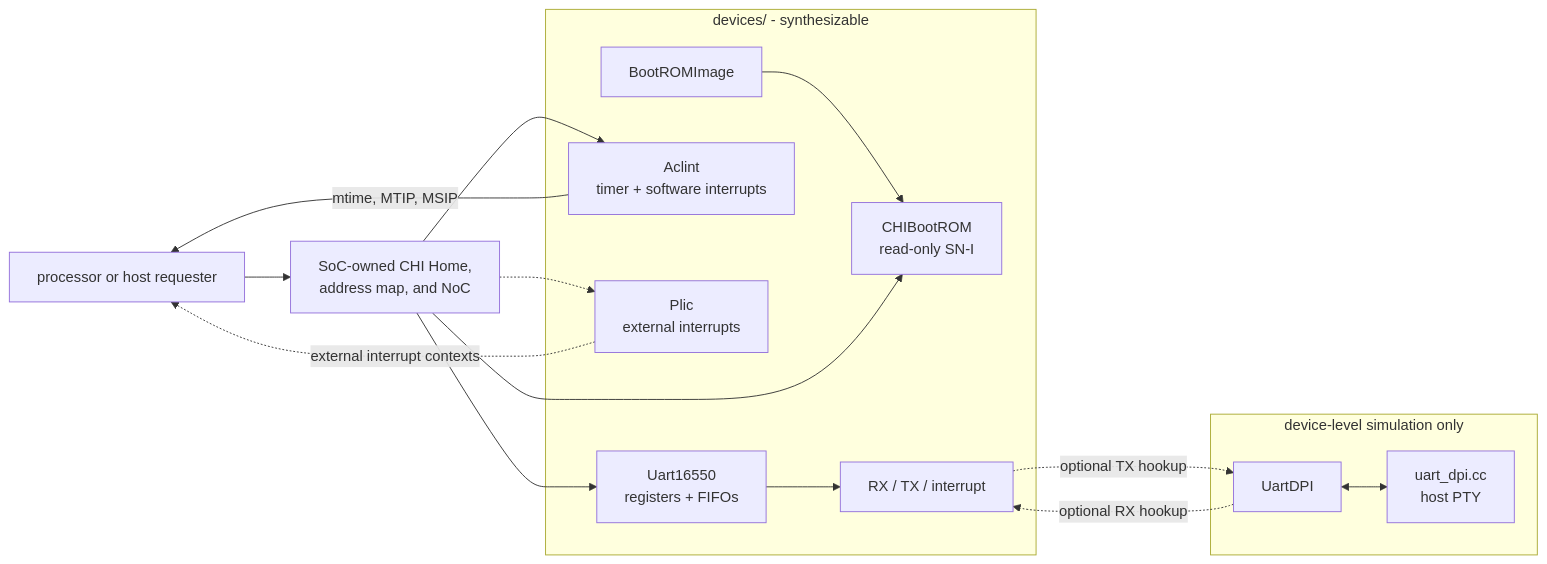
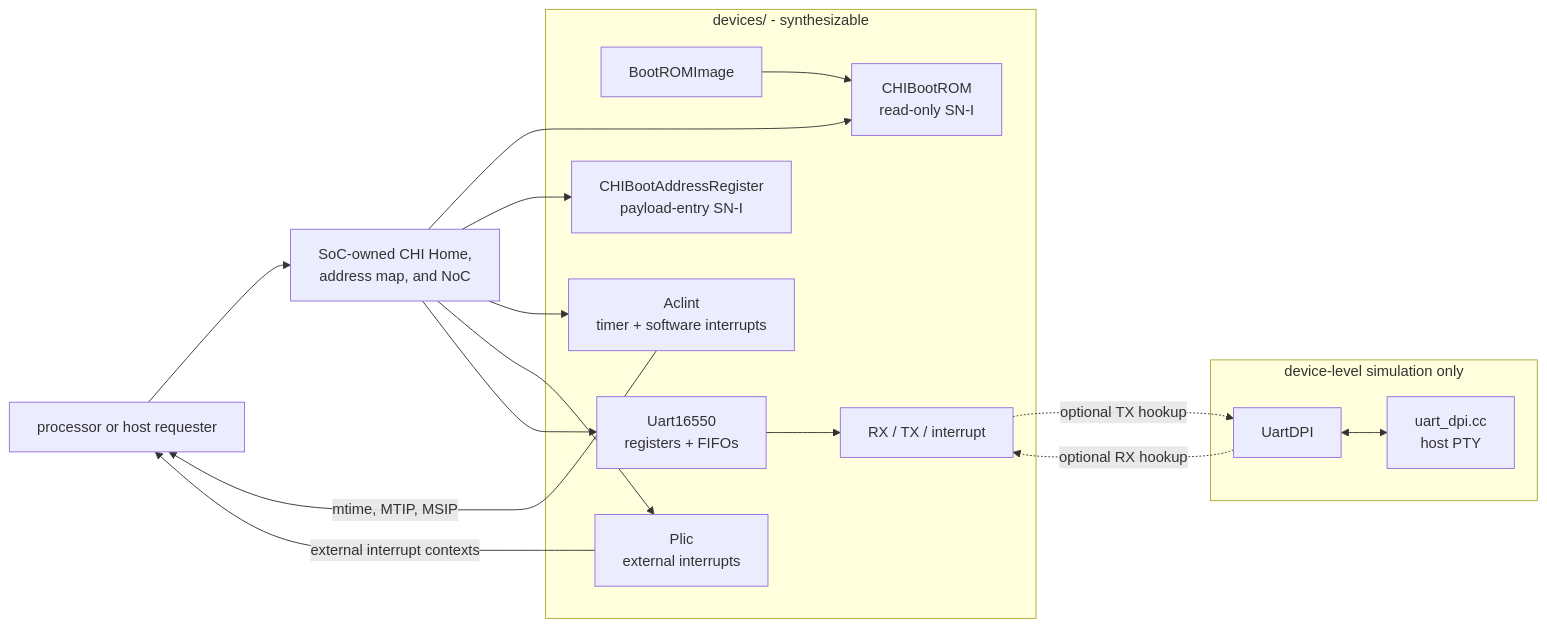
Before and after one commit to jerryz123/rhodium: the diagram in devices/README.md, drawn with Mermaid. The commit also changed other lines of this file and 28 other files, not shown here.

````diff
--- a/devices/README.md
+++ b/devices/README.md
@@ -55,25 +56,27 @@
 ```mermaid
 flowchart LR
   Requester["processor or host requester"] --> Home["SoC-owned CHI Home,<br/>address map, and NoC"]
 
   subgraph Hardware["devices/ - synthesizable"]
     Image["BootROMImage"] --> Boot["CHIBootROM<br/>read-only SN-I"]
+    BootAddress["CHIBootAddressRegister<br/>payload-entry SN-I"]
     ACLINT["Aclint<br/>timer + software interrupts"]
     PLIC["Plic<br/>external interrupts"]
     UART["Uart16550<br/>registers + FIFOs"] --> Pins["RX / TX / interrupt"]
   end
 
   Home --> Boot
+  Home --> BootAddress
   Home --> ACLINT
-  Home -.-> PLIC
+  Home --> PLIC
   Home --> UART
   ACLINT -->|"mtime, MTIP, MSIP"| Requester
-  PLIC -.->|"external interrupt contexts"| Requester
+  PLIC -->|"external interrupt contexts"| Requester
 
   subgraph Simulation["device-level simulation only"]
     Model["UartDPI"] <--> PTY["uart_dpi.cc<br/>host PTY"]
   end
 
   Pins -.->|"optional TX hookup"| Model
   Model -.->|"optional RX hookup"| Pins
 ```
````
